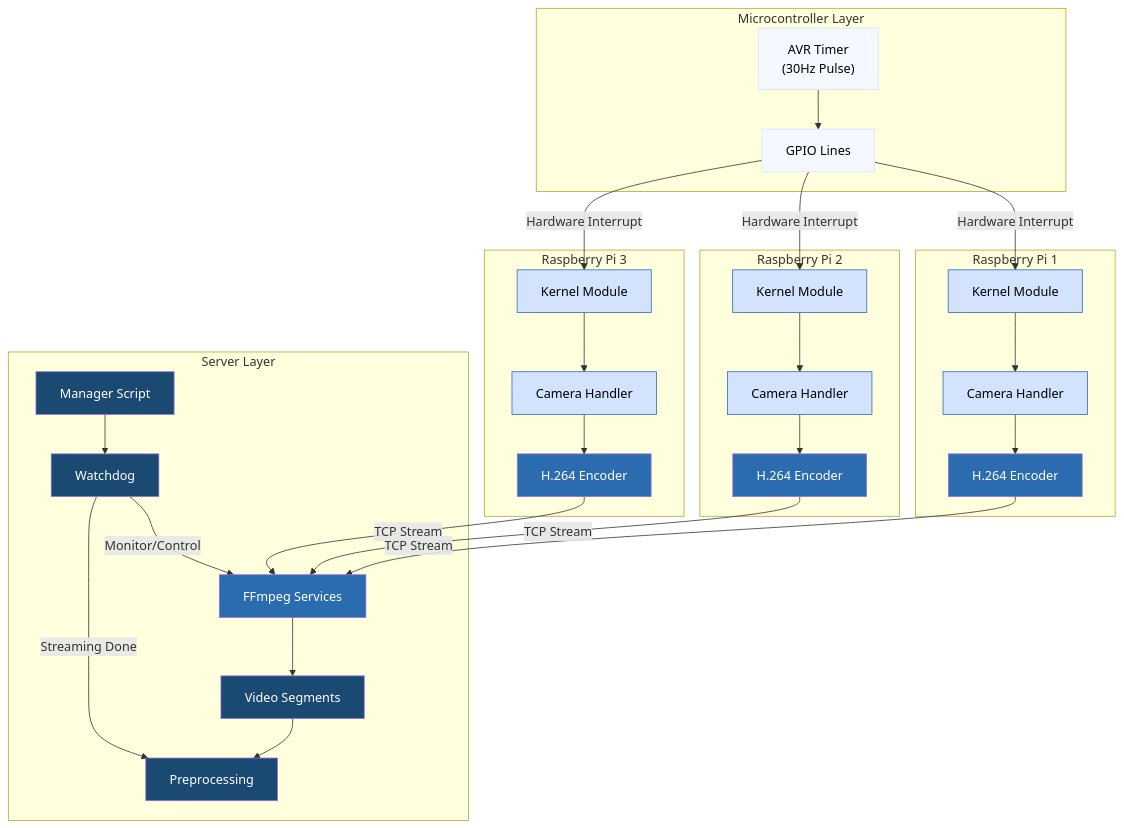
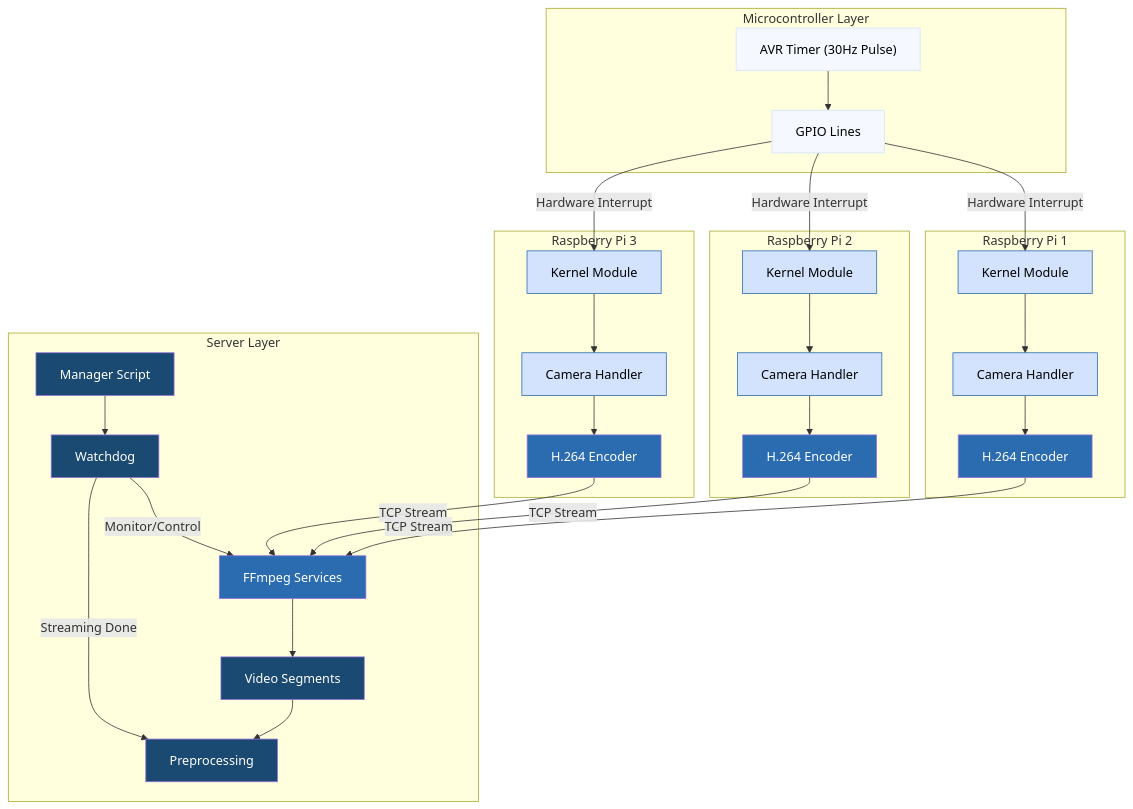
One commit to AlecFessler/mocap-toolkit changed the diagram in README.md. Above: the diagram before and after it, drawn with Mermaid. The commit also changed other lines of this file, not shown here.

````diff
--- a/README.md
+++ b/README.md
@@ -7,42 +7,42 @@
 ```mermaid
 flowchart TD
     classDef lightClass fill:#f5f9ff,color:black,stroke:#d3e3fd
     classDef medClass fill:#d3e3fd,color:black,stroke:#2b6cb0
     classDef darkClass fill:#2b6cb0,color:white
     classDef serverClass fill:#1a4971,color:white
 
     subgraph MCU["Microcontroller Layer"]
-        AVR["AVR Timer\n(30Hz Pulse)"]
+        AVR["AVR Timer (30Hz Pulse)"]
         GPIO["GPIO Lines"]
         AVR --> GPIO
     end
 
     GPIO --> |"Hardware Interrupt"| KM1 & KM2 & KM3
 
     subgraph RPi1["Raspberry Pi 1"]
         KM1["Kernel Module"] --> Cap1["Camera Handler"] --> Enc1["H.264 Encoder"]
     end
 
     subgraph RPi2["Raspberry Pi 2"]
         KM2["Kernel Module"] --> Cap2["Camera Handler"] --> Enc2["H.264 Encoder"]
     end
 
     subgraph RPi3["Raspberry Pi 3"]
         KM3["Kernel Module"] --> Cap3["Camera Handler"] --> Enc3["H.264 Encoder"]
     end
 
     Enc1 & Enc2 & Enc3 --> |"TCP Stream"| FF
 
     subgraph Server["Server Layer"]
         FF["FFmpeg Services"] --> Segments["Video Segments"]
         Mgr["Manager Script"] --> WD["Watchdog"]
         WD --> |"Monitor/Control"| FF
         WD --> |"Streaming Done"| Pre["Preprocessing"]
         Segments --> Pre
     end
 
     class AVR,GPIO lightClass
     class KM1,KM2,KM3,Cap1,Cap2,Cap3 medClass
     class Enc1,Enc2,Enc3,FF darkClass
     class Mgr,WD,Pre,Segments serverClass
 ```
````
